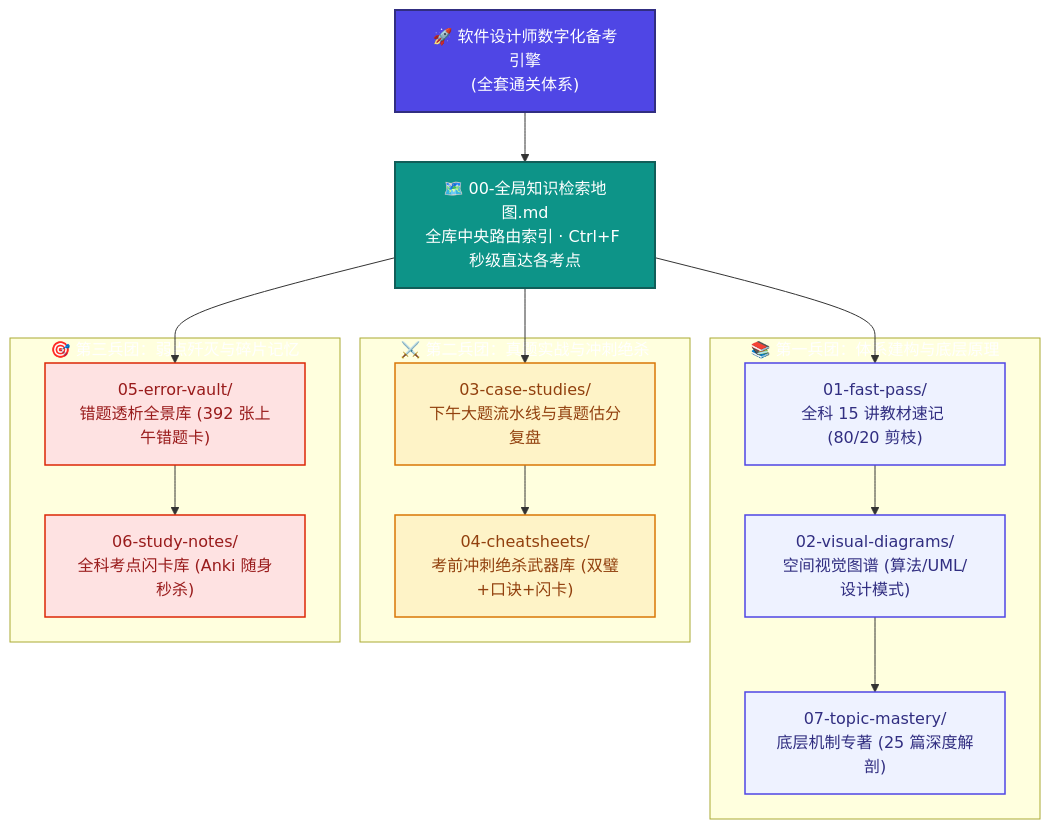
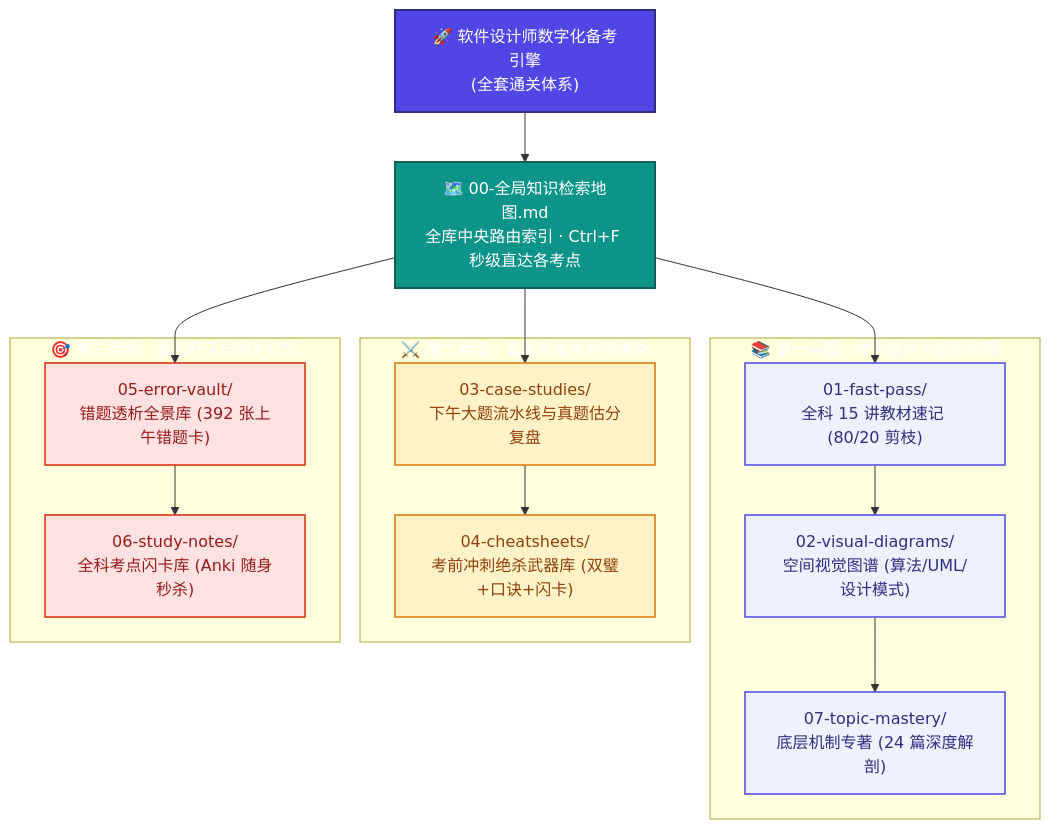
The diagram in README.md (cpsa3/software-designer-fast-pass), drawn with Mermaid before and after one commit. The commit also changed other lines of this file and 5 other files, not shown here.

````diff
--- a/README.md
+++ b/README.md
@@ -70,36 +70,36 @@
 ```mermaid
 flowchart TD
     classDef root fill:#4F46E5,stroke:#312E81,stroke-width:2px,color:#fff
     classDef hub fill:#0D9488,stroke:#115E59,stroke-width:2px,color:#fff
     classDef base fill:#EEF2FF,stroke:#4F46E5,stroke-width:1.5px,color:#312E81
     classDef exam fill:#FEF3C7,stroke:#D97706,stroke-width:1.5px,color:#92400E
     classDef vault fill:#FEE2E2,stroke:#DC2706,stroke-width:1.5px,color:#991B1B
 
     Root["🚀 软件设计师数字化备考引擎<br>(全套通关体系)"]:::root
     Map["🗺️ 00-全局知识检索地图.md<br>全库中央路由索引 · Ctrl+F 秒级直达各考点"]:::hub
 
     Root --> Map
 
     subgraph G1["📚 第一兵团：体系建构与底层原理"]
         M1["01-fast-pass/<br>全科 15 讲教材速记 (80/20 剪枝)"]:::base
         M2["02-visual-diagrams/<br>空间视觉图谱 (算法/UML/设计模式)"]:::base
-        M7["07-topic-mastery/<br>底层机制专著 (25 篇深度解剖)"]:::base
+        M7["07-topic-mastery/<br>底层机制专著 (24 篇深度解剖)"]:::base
         M1 --> M2 --> M7
     end
 
     subgraph G2["⚔️ 第二兵团：真题实战与冲刺绝杀"]
         M3["03-case-studies/<br>下午大题流水线与真题估分复盘"]:::exam
         M4["04-cheatsheets/<br>考前冲刺绝杀武器库 (双璧+口诀+闪卡)"]:::exam
         M3 --> M4
     end
 
     subgraph G3["🎯 第三兵团：弱点歼灭与碎片记忆"]
         M5["05-error-vault/<br>错题透析全景库 (392 张上午错题卡)"]:::vault
         M6["06-study-notes/<br>全科考点闪卡库 (Anki 随身秒杀)"]:::vault
         M5 --> M6
     end
 
     Map --> M1
     Map --> M3
     Map --> M5
 ```
````
